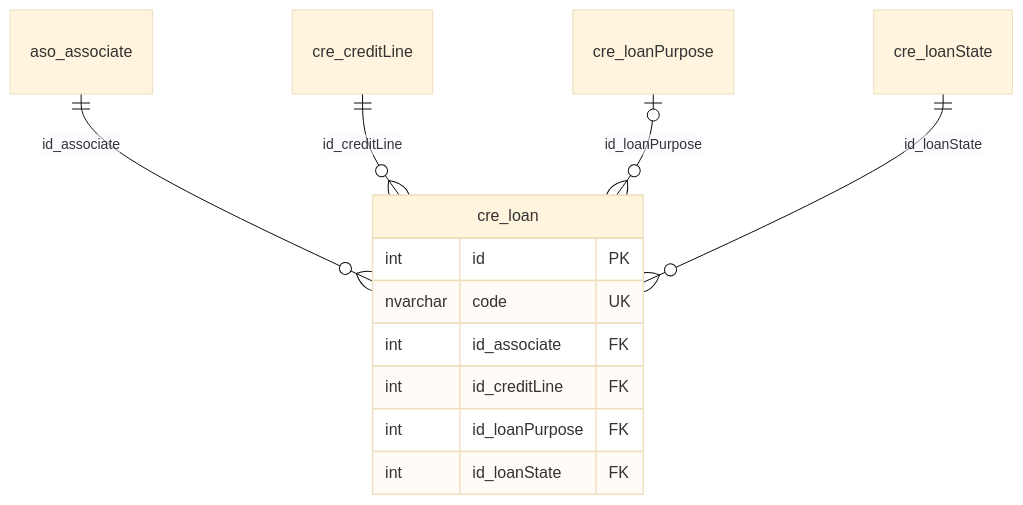
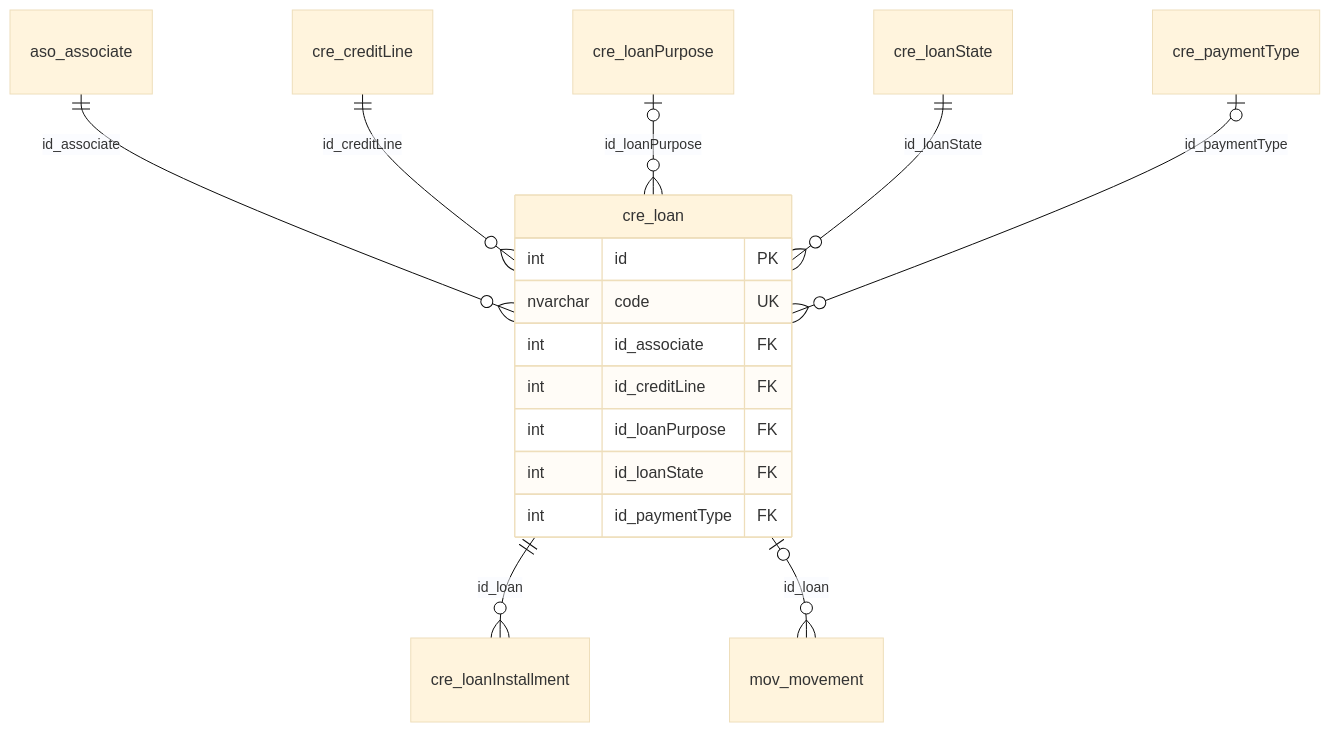
One commit to softwaresamm/IDAE.Docs changed the diagram in docs/safe/database/cre/loan.md. Above: the diagram before and after it, drawn with Mermaid (base theme). The commit also changed other lines of this file and 13 other files, not shown here.

First line of the commit message:
docs: document SAFE loan installment payment from movements

````diff
--- a/docs/safe/database/cre/loan.md
+++ b/docs/safe/database/cre/loan.md
@@ -99,19 +100,26 @@
 ```mermaid
 erDiagram
     cre_loan {
         int id PK
         nvarchar code UK
         int id_associate FK
         int id_creditLine FK
         int id_loanPurpose FK
         int id_loanState FK
+        int id_paymentType FK
     }
     aso_associate
     cre_creditLine
     cre_loanPurpose
     cre_loanState
+    cre_paymentType
+    cre_loanInstallment
+    mov_movement
     aso_associate ||--o{ cre_loan : "id_associate"
     cre_creditLine ||--o{ cre_loan : "id_creditLine"
     cre_loanPurpose |o--o{ cre_loan : "id_loanPurpose"
     cre_loanState ||--o{ cre_loan : "id_loanState"
+    cre_paymentType |o--o{ cre_loan : "id_paymentType"
+    cre_loan ||--o{ cre_loanInstallment : "id_loan"
+    cre_loan |o--o{ mov_movement : "id_loan"
 ```
````
